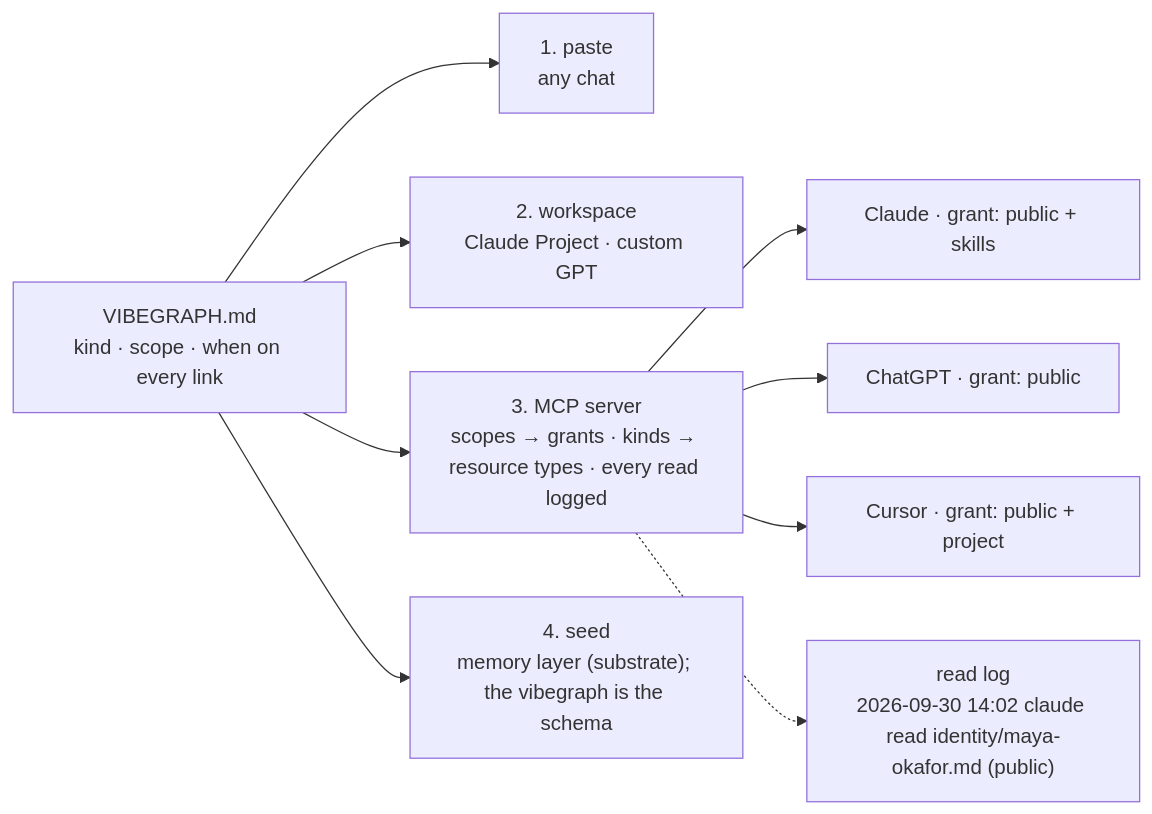
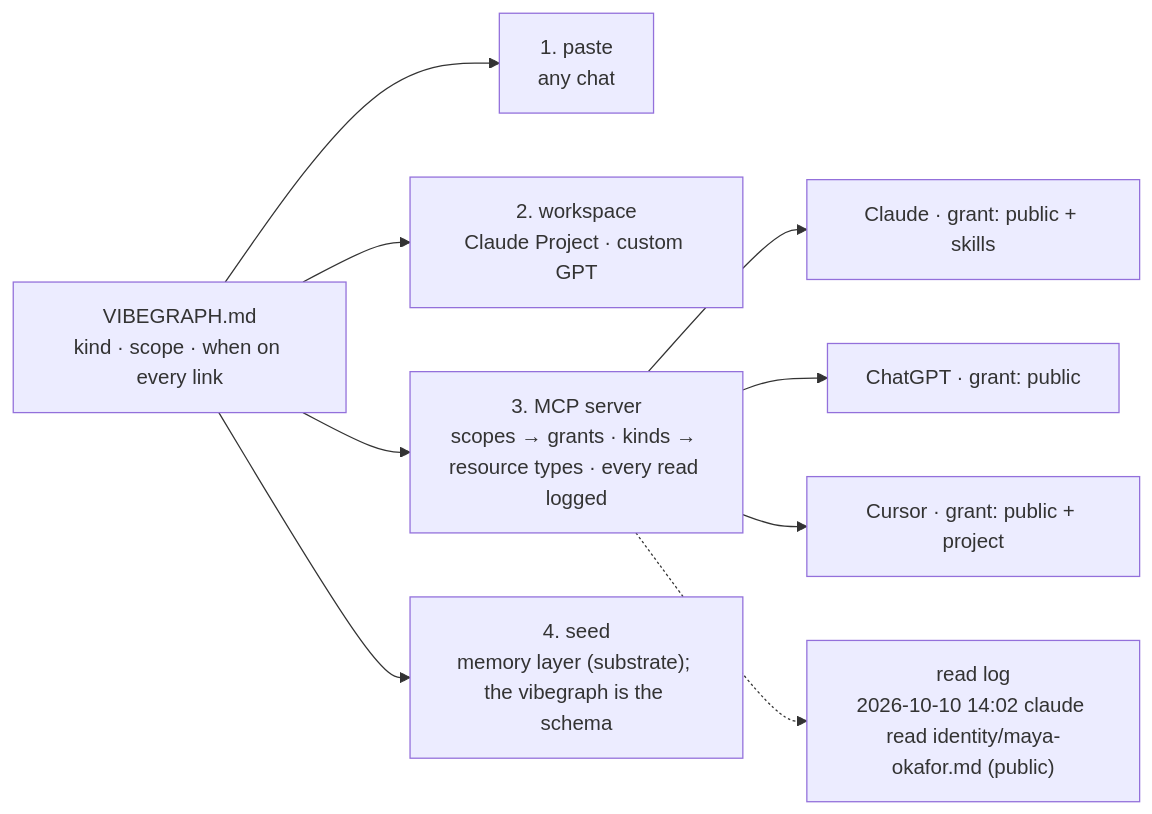
Before and after one commit to vibegraph-ai/vibegraph.md: the fourth of 4 diagrams in whitepaper/figures/FIGURES-v3.0.md, drawn with Mermaid. The commit also changed 2 other files, not shown here.

Commit message:
Site and README: 3.0

````diff
--- a/whitepaper/figures/FIGURES-v3.0.md
+++ b/whitepaper/figures/FIGURES-v3.0.md
@@ -126,12 +126,12 @@
 ```mermaid
 flowchart LR
   R["VIBEGRAPH.md<br/>kind · scope · when on every link"]
   R --> P["1. paste<br/>any chat"]
   R --> W["2. workspace<br/>Claude Project · custom GPT"]
   R --> M["3. MCP server<br/>scopes → grants · kinds → resource types · every read logged"]
   M --> C1["Claude · grant: public + skills"]
   M --> C2["ChatGPT · grant: public"]
   M --> C3["Cursor · grant: public + project"]
   R --> S["4. seed<br/>memory layer (substrate); the vibegraph is the schema"]
-  M -.-> L["read log<br/>2026-09-30 14:02 claude read identity/maya-okafor.md (public)"]
+  M -.-> L["read log<br/>2026-10-10 14:02 claude read identity/maya-okafor.md (public)"]
 ```
````
